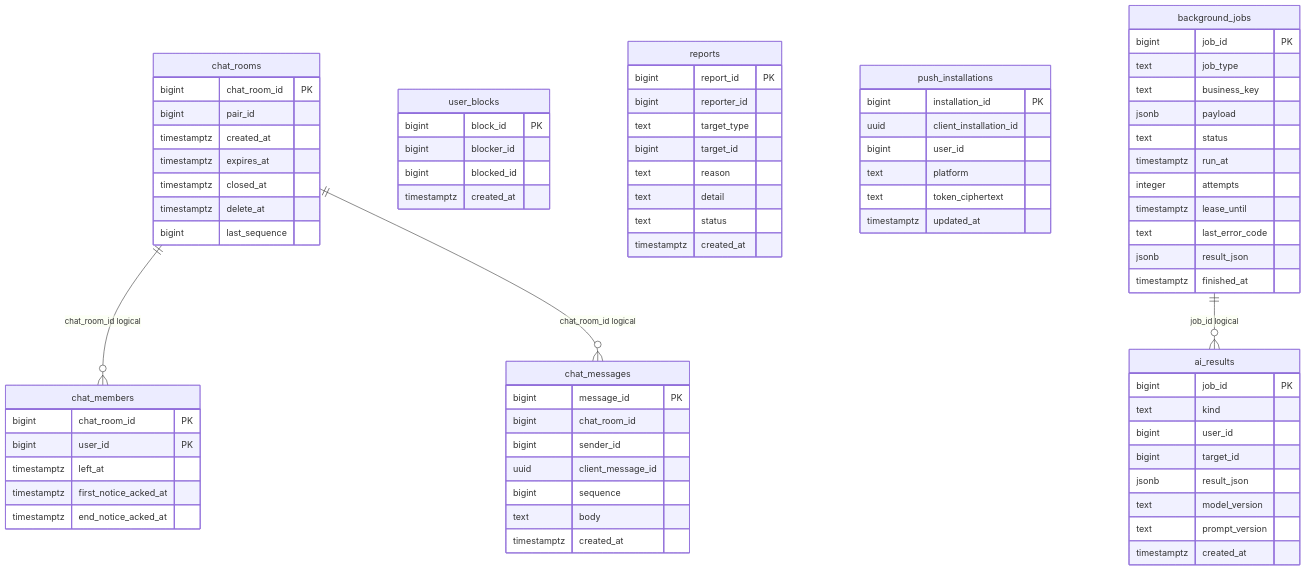
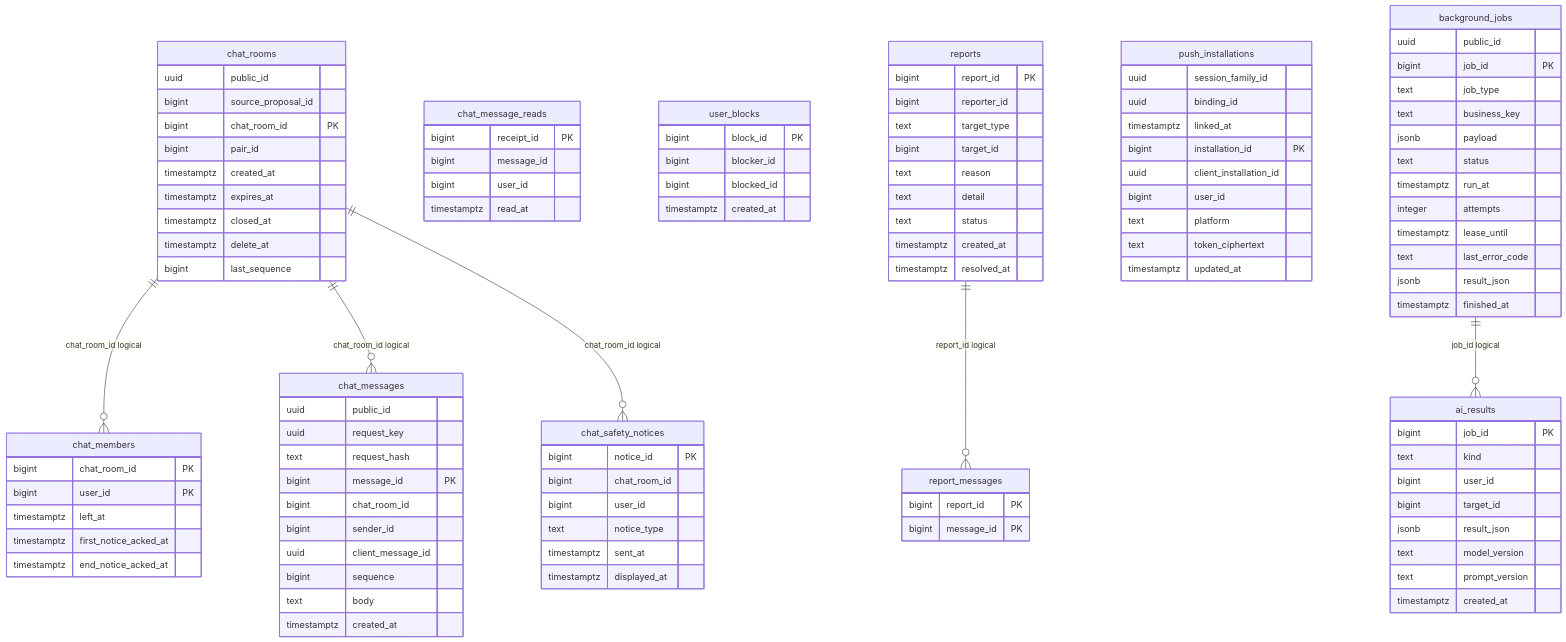
Before and after one commit to j-moo/Tingle: the diagram in docs/database/erd-4.mmd, drawn with Mermaid. The commit also changed 197 other files, not shown here.

```diff
--- a/docs/database/erd-4.mmd
+++ b/docs/database/erd-4.mmd
@@ -1,76 +1,106 @@
 erDiagram
     chat_rooms {
+        uuid public_id
+        bigint source_proposal_id
         bigint chat_room_id PK
         bigint pair_id
         timestamptz created_at
         timestamptz expires_at
         timestamptz closed_at
         timestamptz delete_at
         bigint last_sequence
     }
     chat_members {
         bigint chat_room_id PK
         bigint user_id PK
         timestamptz left_at
         timestamptz first_notice_acked_at
         timestamptz end_notice_acked_at
     }
     chat_messages {
+        uuid public_id
+        uuid request_key
+        text request_hash
         bigint message_id PK
         bigint chat_room_id
         bigint sender_id
         uuid client_message_id
         bigint sequence
         text body
         timestamptz created_at
+    }
+    chat_message_reads {
+        bigint receipt_id PK
+        bigint message_id
+        bigint user_id
+        timestamptz read_at
+    }
+    chat_safety_notices {
+        bigint notice_id PK
+        bigint chat_room_id
+        bigint user_id
+        text notice_type
+        timestamptz sent_at
+        timestamptz displayed_at
     }
     user_blocks {
         bigint block_id PK
         bigint blocker_id
         bigint blocked_id
         timestamptz created_at
     }
     reports {
         bigint report_id PK
         bigint reporter_id
         text target_type
         bigint target_id
         text reason
         text detail
         text status
         timestamptz created_at
+        timestamptz resolved_at
+    }
+    report_messages {
+        bigint report_id PK
+        bigint message_id PK
     }
     ai_results {
         bigint job_id PK
         text kind
         bigint user_id
         bigint target_id
         jsonb result_json
         text model_version
         text prompt_version
         timestamptz created_at
     }
     push_installations {
+        uuid session_family_id
+        uuid binding_id
+        timestamptz linked_at
         bigint installation_id PK
         uuid client_installation_id
         bigint user_id
         text platform
         text token_ciphertext
         timestamptz updated_at
     }
     background_jobs {
+        uuid public_id
         bigint job_id PK
         text job_type
         text business_key
         jsonb payload
         text status
         timestamptz run_at
         integer attempts
         timestamptz lease_until
         text last_error_code
         jsonb result_json
         timestamptz finished_at
     }
     chat_rooms ||--o{ chat_members : "chat_room_id logical"
     chat_rooms ||--o{ chat_messages : "chat_room_id logical"
     background_jobs ||--o{ ai_results : "job_id logical"
+    reports ||--o{ report_messages : "report_id logical"
+    chat_rooms ||--o{ chat_safety_notices : "chat_room_id logical"
```
